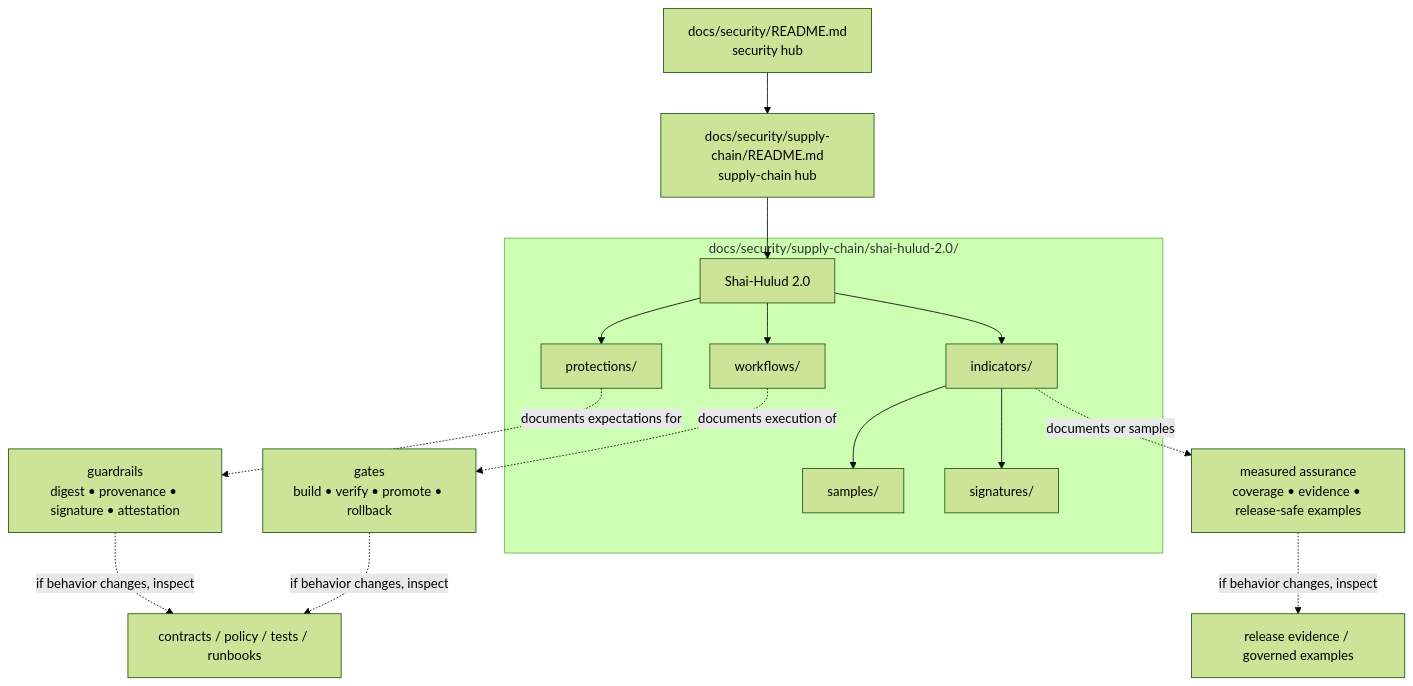
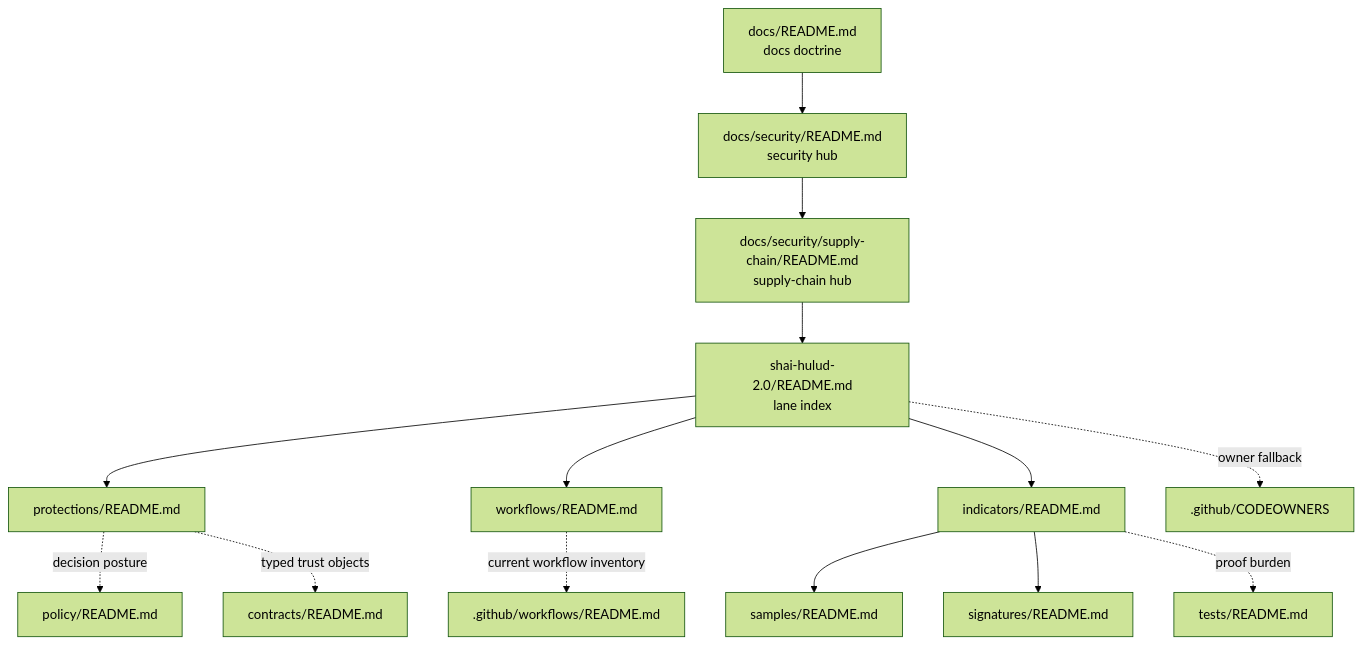
Before and after one commit to bartytime4life/Kansas-Frontier-Matrix: the diagram in docs/security/supply-chain/shai-hulud-2.0/README.md, drawn with Mermaid (forest theme). The commit also changed other lines of this file, not shown here.

First line of the commit message:
Revise README.md for Shai-Hulud 2.0

````diff
--- a/docs/security/supply-chain/shai-hulud-2.0/README.md
+++ b/docs/security/supply-chain/shai-hulud-2.0/README.md
@@ -158,21 +195,18 @@
 ```mermaid
 flowchart TB
-  A[docs/security/README.md<br/>security hub] --> B[docs/security/supply-chain/README.md<br/>supply-chain hub]
-  B --> C[Shai-Hulud 2.0]
+  DOCS["docs/README.md<br/>docs doctrine"] --> SEC["docs/security/README.md<br/>security hub"]
+  SEC --> SUPPLY["docs/security/supply-chain/README.md<br/>supply-chain hub"]
+  SUPPLY --> SH["shai-hulud-2.0/README.md<br/>lane index"]
 
-  subgraph L[docs/security/supply-chain/shai-hulud-2.0/]
-    C --> P[protections/]
-    C --> W[workflows/]
-    C --> I[indicators/]
-    I --> S[samples/]
-    I --> G[signatures/]
-  end
+  SH --> P["protections/README.md"]
+  SH --> W["workflows/README.md"]
+  SH --> I["indicators/README.md"]
+  I --> S["samples/README.md"]
+  I --> G["signatures/README.md"]
 
-  P -. documents expectations for .-> X[guardrails<br/>digest • provenance • signature • attestation]
-  W -. documents execution of .-> Y[gates<br/>build • verify • promote • rollback]
-  I -. documents or samples .-> Z[measured assurance<br/>coverage • evidence • release-safe examples]
-
-  X -. if behavior changes, inspect .-> T[contracts / policy / tests / runbooks]
-  Y -. if behavior changes, inspect .-> T
-  Z -. if behavior changes, inspect .-> R[release evidence / governed examples]
+  SH -. owner fallback .-> CO[".github/CODEOWNERS"]
+  W -. current workflow inventory .-> WF[".github/workflows/README.md"]
+  P -. decision posture .-> POL["policy/README.md"]
+  P -. typed trust objects .-> C["contracts/README.md"]
+  I -. proof burden .-> T["tests/README.md"]
 ```
````
